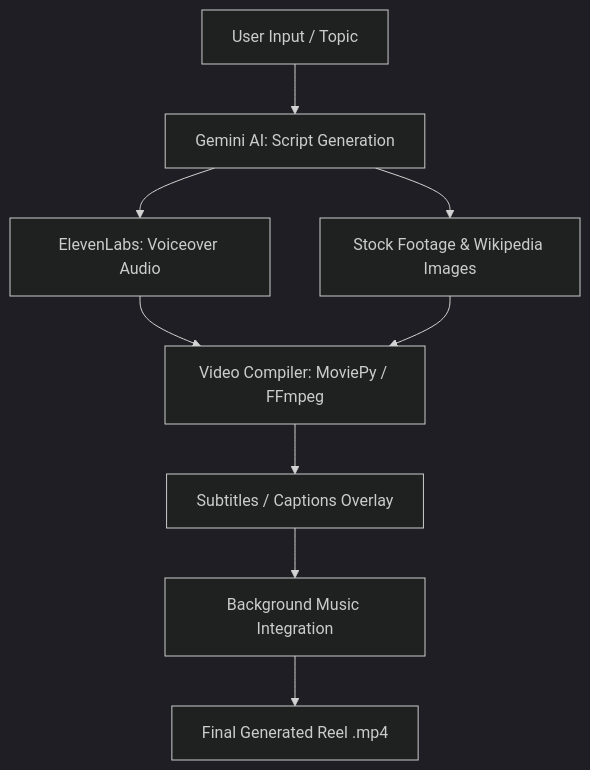
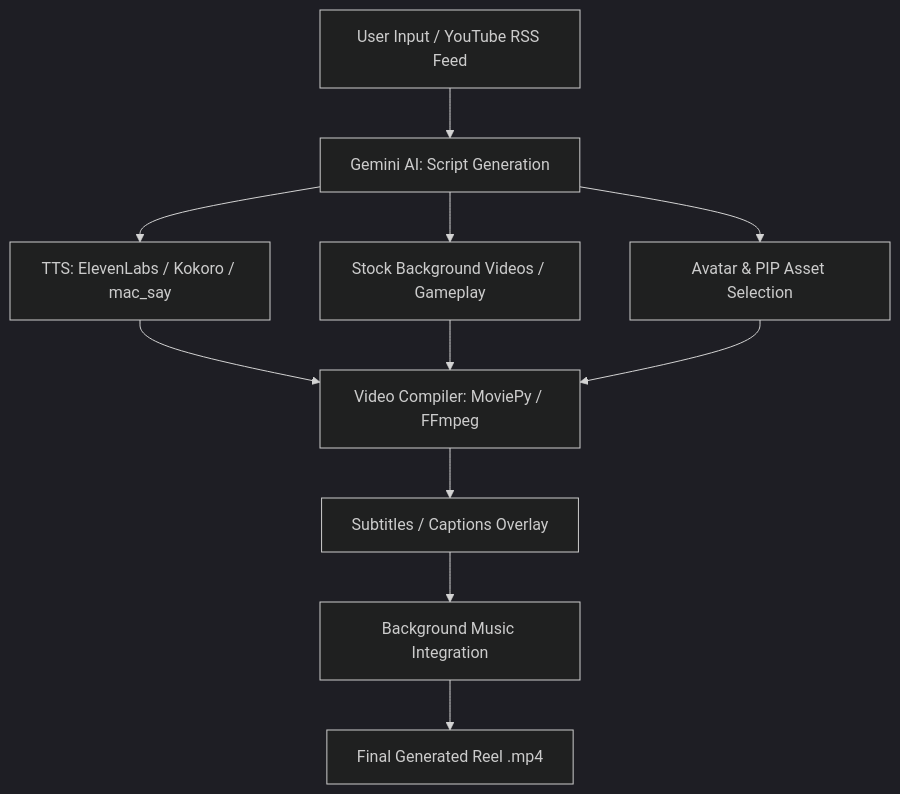
One commit to aman-senpai/thriceai changed the diagram in readme.md. Above: the diagram before and after it, drawn with Mermaid (dark theme).

Commit message:
docs: fix Mermaid graph to remove Wikipedia and reflect actual architecture

````diff
--- a/readme.md
+++ b/readme.md
@@ -7,11 +7,13 @@
 ```mermaid
 graph TD
-    A[User Input / Topic] --> B[Gemini AI: Script Generation]
-    B --> C[ElevenLabs: Voiceover Audio]
-    B --> D[Stock Footage & Wikipedia Images]
+    A[User Input / YouTube RSS Feed] --> B[Gemini AI: Script Generation]
+    B --> C[TTS: ElevenLabs / Kokoro / mac_say]
+    B --> D[Stock Background Videos / Gameplay]
+    B --> I[Avatar & PIP Asset Selection]
     C --> E[Video Compiler: MoviePy / FFmpeg]
     D --> E
+    I --> E
     E --> F[Subtitles / Captions Overlay]
     F --> G[Background Music Integration]
     G --> H[Final Generated Reel .mp4]
 ```
````
